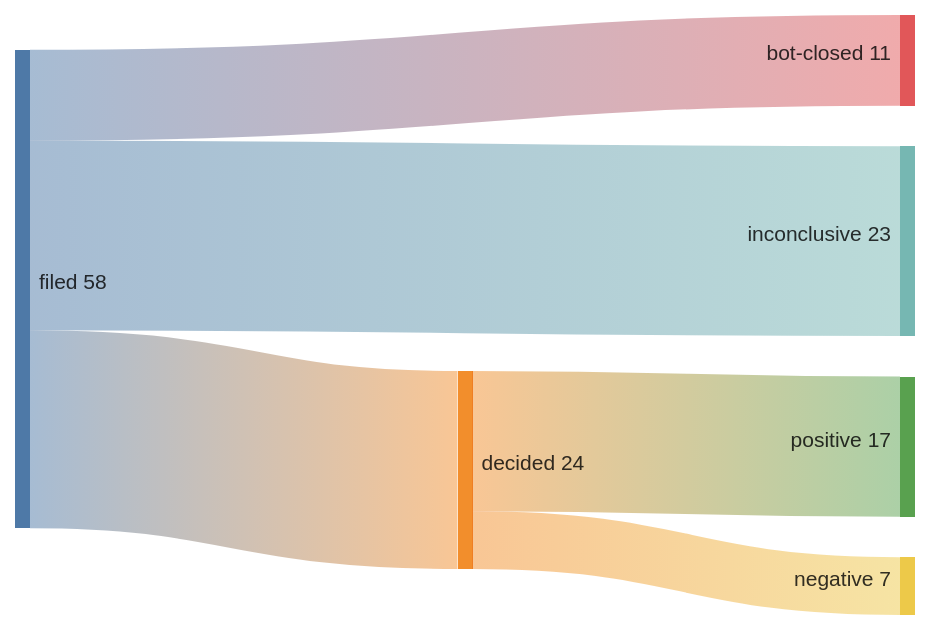
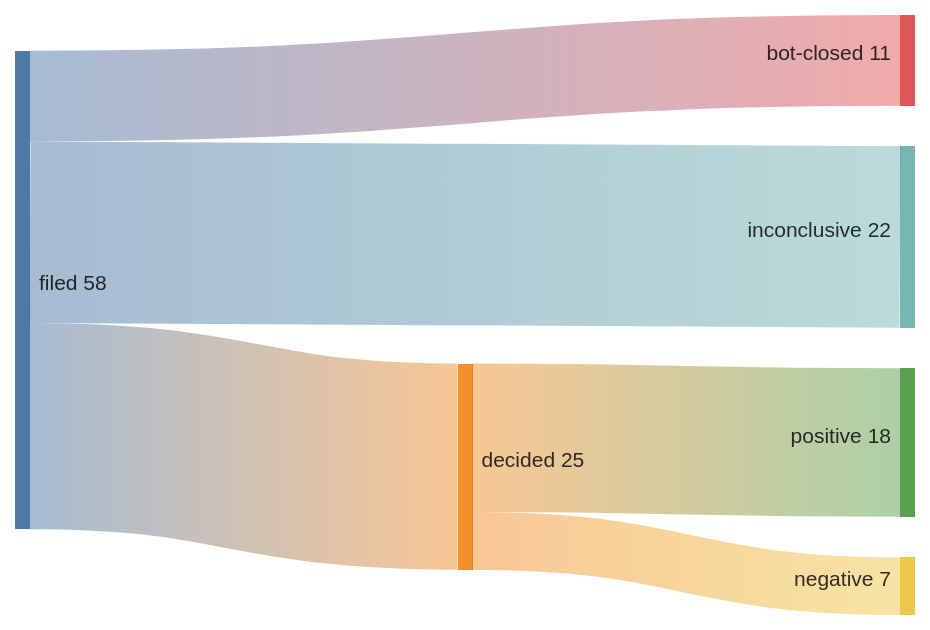
One commit to kimjune01/kimjune01 changed the third of 3 diagrams in README.md. Above: the diagram before and after it, drawn with Mermaid. The commit also changed other lines of this file, not shown here.

````diff
--- a/README.md
+++ b/README.md
@@ -44,8 +44,8 @@
 ```mermaid
 sankey-beta
-    filed,    decided,      24
+    filed,    decided,      25
     filed,    bot-closed,   11
-    filed,    inconclusive, 23
-    decided,  positive,     17
+    filed,    inconclusive, 22
+    decided,  positive,     18
     decided,  negative,     7
 ```
````
